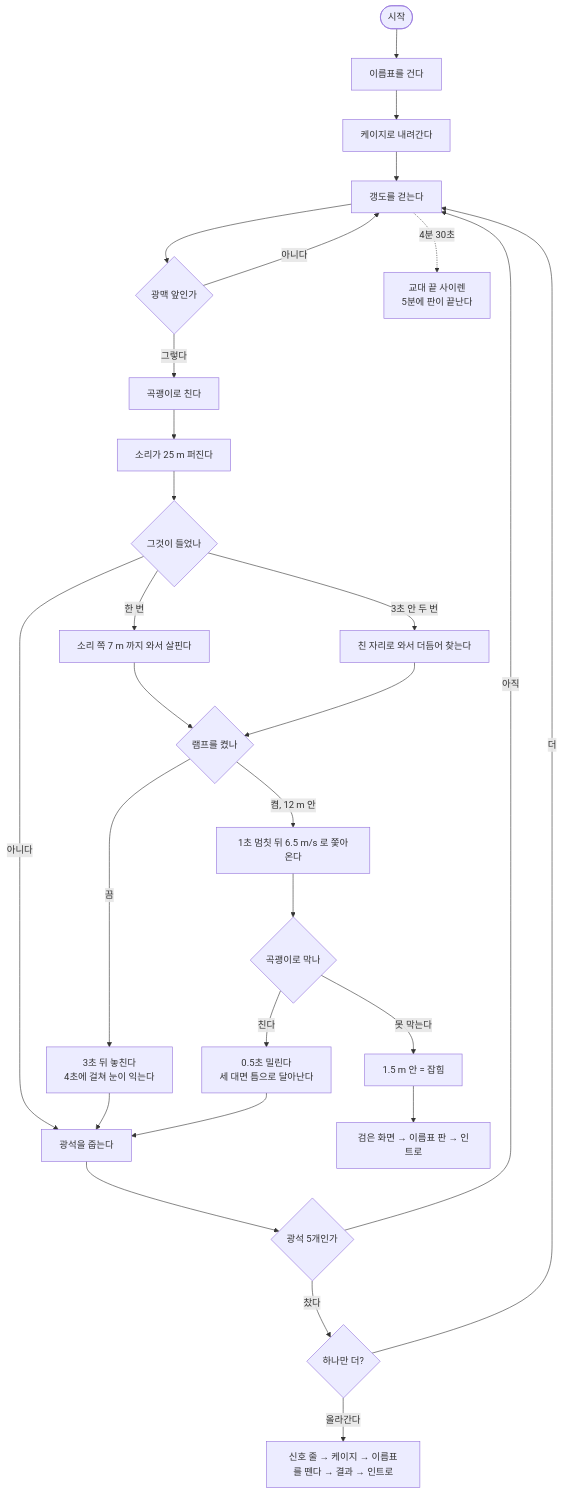
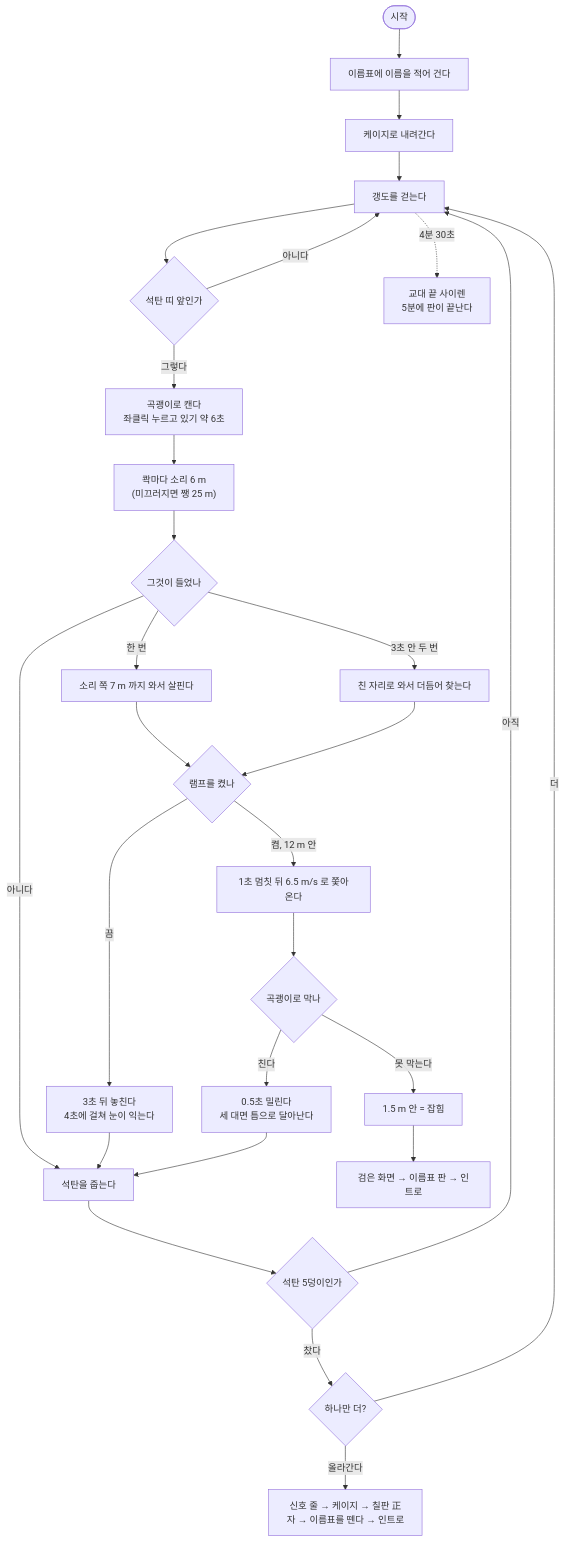
The seventh of 8 diagrams in docs/기획서/기획서.md (jhyun1234/Tunnel), drawn with Mermaid before and after one commit. The commit also changed other lines of this file and 3 other files, not shown here.

````diff
--- a/docs/기획서/기획서.md
+++ b/docs/기획서/기획서.md
@@ -426,28 +645,28 @@
 ```mermaid
 flowchart TD
-  S(["시작"]) --> T["이름표를 건다"] --> D["케이지로 내려간다"] --> W["갱도를 걷는다"]
-  W --> V{"광맥 앞인가"}
+  S(["시작"]) --> T["이름표에 이름을 적어 건다"] --> D["케이지로 내려간다"] --> W["갱도를 걷는다"]
+  W --> V{"석탄 띠 앞인가"}
   V -- 아니다 --> W
-  V -- 그렇다 --> H["곡괭이로 친다"]
-  H --> N["소리가 25 m 퍼진다"]
+  V -- 그렇다 --> H["곡괭이로 캔다<br/>좌클릭 누르고 있기 약 6초"]
+  H --> N["콱마다 소리 6 m<br/>(미끄러지면 쨍 25 m)"]
   N --> A{"그것이 들었나"}
-  A -- 아니다 --> O["광석을 줍는다"]
+  A -- 아니다 --> O["석탄을 줍는다"]
   A -- 한 번 --> A1["소리 쪽 7 m 까지 와서 살핀다"]
   A -- 3초 안 두 번 --> A2["친 자리로 와서 더듬어 찾는다"]
   A1 --> L{"램프를 켰나"}
   A2 --> L
   L -- 끔 --> X["3초 뒤 놓친다<br/>4초에 걸쳐 눈이 익는다"]
   L -- 켬, 12 m 안 --> C["1초 멈칫 뒤 6.5 m/s 로 쫓아온다"]
   C --> B{"곡괭이로 막나"}
   B -- 친다 --> K["0.5초 밀린다<br/>세 대면 틈으로 달아난다"]
   B -- 못 막는다 --> Z["1.5 m 안 = 잡힘"]
   Z --> G["검은 화면 → 이름표 판 → 인트로"]
   X --> O
   K --> O
-  O --> P{"광석 5개인가"}
+  O --> P{"석탄 5덩이인가"}
   P -- 아직 --> W
   P -- 찼다 --> Q{"하나만 더?"}
   Q -- 더 --> W
-  Q -- 올라간다 --> U["신호 줄 → 케이지 → 이름표를 뗀다 → 결과 → 인트로"]
+  Q -- 올라간다 --> U["신호 줄 → 케이지 → 칠판 正자 → 이름표를 뗀다 → 인트로"]
   W -. 4분 30초 .-> R["교대 끝 사이렌<br/>5분에 판이 끝난다"]
 ```
````
